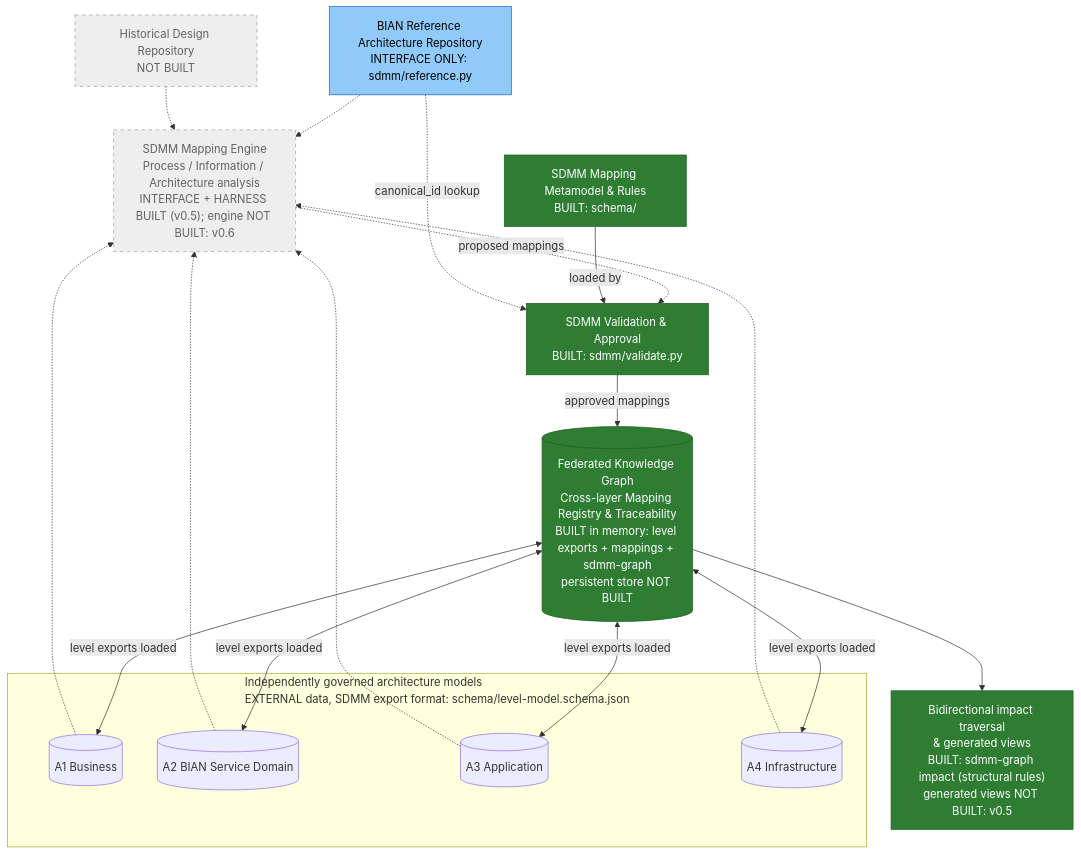
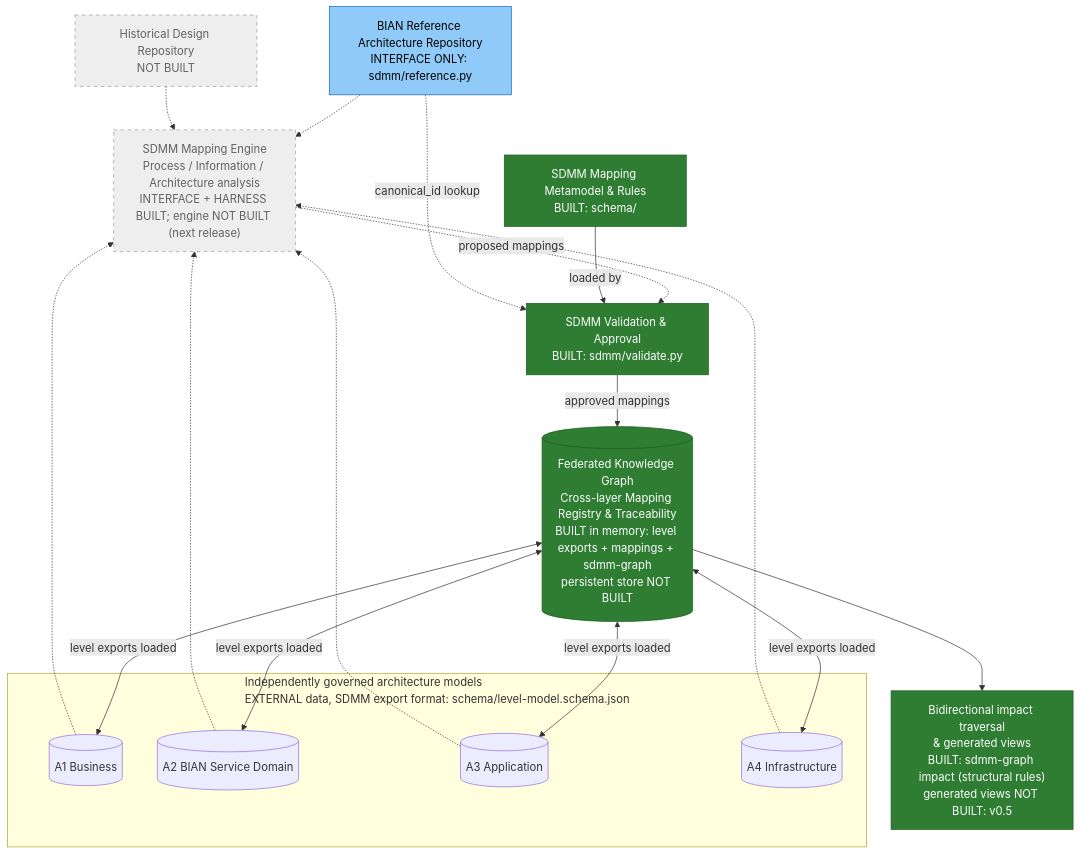
One commit to taumoeps/bian-sdem-framework changed the eighth of 8 diagrams in README.md. Above: the diagram before and after it, drawn with Mermaid. The commit also changed other lines of this file, not shown here.

Commit message:
README: 'What this repository ships' rewritten as the current v0.5 state — Contract, Validator, Graph, Engine harness — without per-release subsections

````diff
--- a/README.md
+++ b/README.md
@@ -500,41 +494,41 @@
 ```mermaid
 flowchart TB
     REF["BIAN Reference Architecture Repository<br/>INTERFACE ONLY: sdmm/reference.py"]
     HIST["Historical Design Repository<br/>NOT BUILT"]
     RULES["SDMM Mapping Metamodel & Rules<br/>BUILT: schema/"]
-    ENGINE["SDMM Mapping Engine<br/>Process / Information / Architecture analysis<br/>INTERFACE + HARNESS BUILT (v0.5); engine NOT BUILT: v0.6"]
+    ENGINE["SDMM Mapping Engine<br/>Process / Information / Architecture analysis<br/>INTERFACE + HARNESS BUILT; engine NOT BUILT (next release)"]
     VALID["SDMM Validation & Approval<br/>BUILT: sdmm/validate.py"]
     FED[("Federated Knowledge Graph<br/>Cross-layer Mapping Registry & Traceability<br/>BUILT in memory: level exports + mappings + sdmm-graph<br/>persistent store NOT BUILT")]
     IMPACT["Bidirectional impact traversal<br/>& generated views<br/>BUILT: sdmm-graph impact (structural rules)<br/>generated views NOT BUILT: v0.5"]
 
     subgraph LEVELS["Independently governed architecture models<br/>EXTERNAL data, SDMM export format: schema/level-model.schema.json"]
       A1[(A1 Business)]
       A2[(A2 BIAN Service Domain)]
       A3[(A3 Application)]
       A4[(A4 Infrastructure)]
     end
 
     A1 -.-> ENGINE
     A2 -.-> ENGINE
     A3 -.-> ENGINE
     A4 -.-> ENGINE
     REF -.-> ENGINE
     HIST -.-> ENGINE
     ENGINE -.->|proposed mappings| VALID
     RULES -->|loaded by| VALID
     REF -.->|canonical_id lookup| VALID
     VALID -->|approved mappings| FED
     FED <-->|level exports loaded| A1
     FED <-->|level exports loaded| A2
     FED <-->|level exports loaded| A3
     FED <-->|level exports loaded| A4
     FED --> IMPACT
 
     style RULES fill:#2e7d32,color:#fff,stroke:#1b5e20
     style VALID fill:#2e7d32,color:#fff,stroke:#1b5e20
     style FED fill:#2e7d32,color:#fff,stroke:#1b5e20
     style IMPACT fill:#2e7d32,color:#fff,stroke:#1b5e20
     style REF fill:#90caf9,color:#000,stroke:#1565c0
     style ENGINE fill:#eeeeee,color:#616161,stroke:#9e9e9e,stroke-dasharray: 5 5
     style HIST fill:#eeeeee,color:#616161,stroke:#9e9e9e,stroke-dasharray: 5 5
 ```
````
